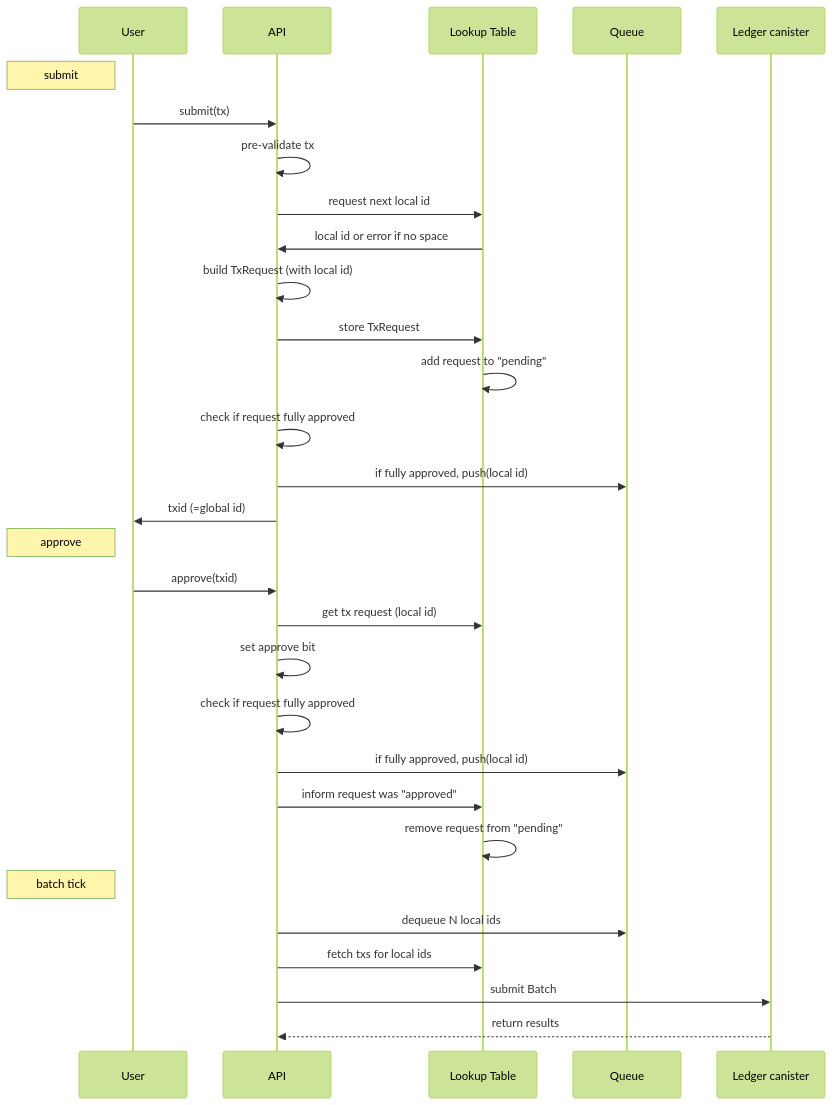
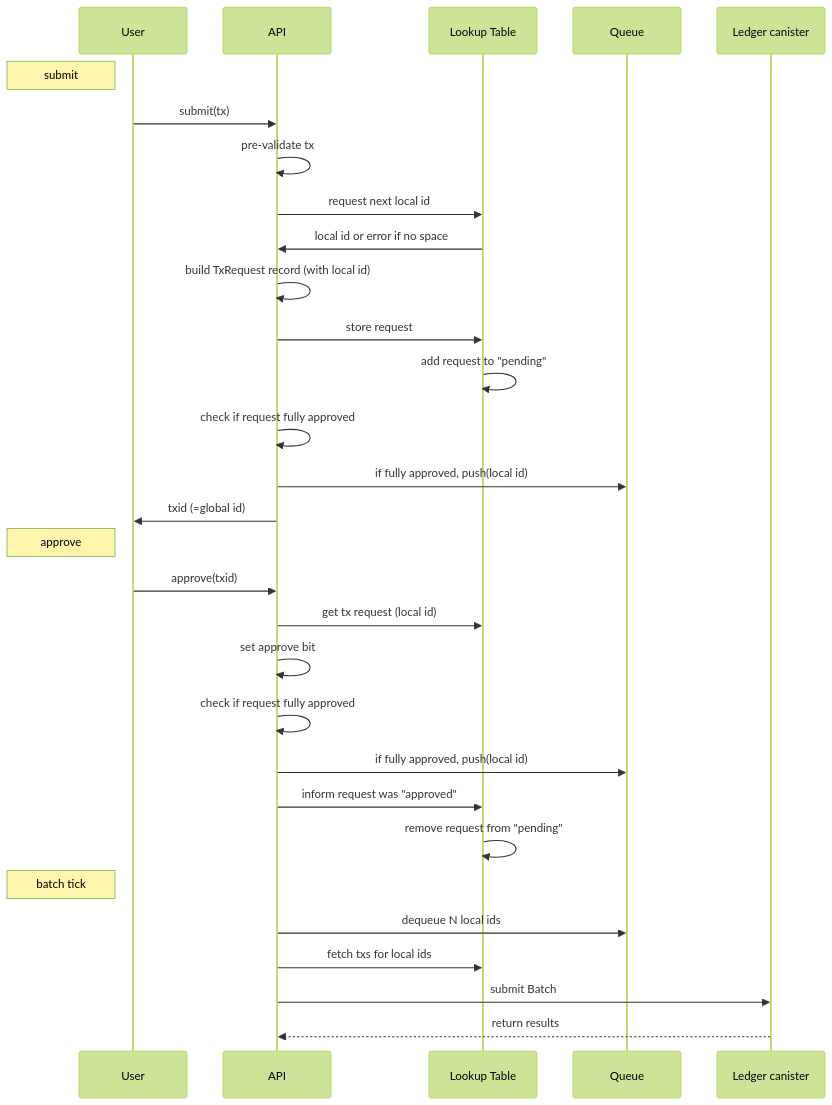
Before and after one commit to research-ag/hpl: the first of 2 diagrams in README.md, drawn with Mermaid (forest theme).

Commit message:
README diagram update

````diff
--- a/README.md
+++ b/README.md
@@ -26,27 +26,27 @@
 ```mermaid
 sequenceDiagram
     Note left of User: submit
     User->>API: submit(tx)
     API->>API: pre-validate tx 
     API->>Lookup Table: request next local id
     Lookup Table->>API: local id or error if no space
-    API->>API: build TxRequest (with local id)
-    API->>Lookup Table: store TxRequest
+    API->>API: build TxRequest record (with local id)
+    API->>Lookup Table: store request
     Lookup Table->>Lookup Table: add request to "pending"
     API->>API: check if request fully approved
     API->>Queue: if fully approved, push(local id)
     API->>User: txid (=global id) 
     Note left of User: approve
     User->>API: approve(txid)
     API->>Lookup Table: get tx request (local id) 
     API->>API: set approve bit
     API->>API: check if request fully approved
     API->>Queue: if fully approved, push(local id)
     API->>Lookup Table: inform request was "approved"
     Lookup Table->>Lookup Table: remove request from "pending"
     Note left of User: batch tick
     API->>Queue: dequeue N local ids
     API->>Lookup Table: fetch txs for local ids
     API->>Ledger canister: submit Batch
     Ledger canister-->>API: return results
 ```
````
